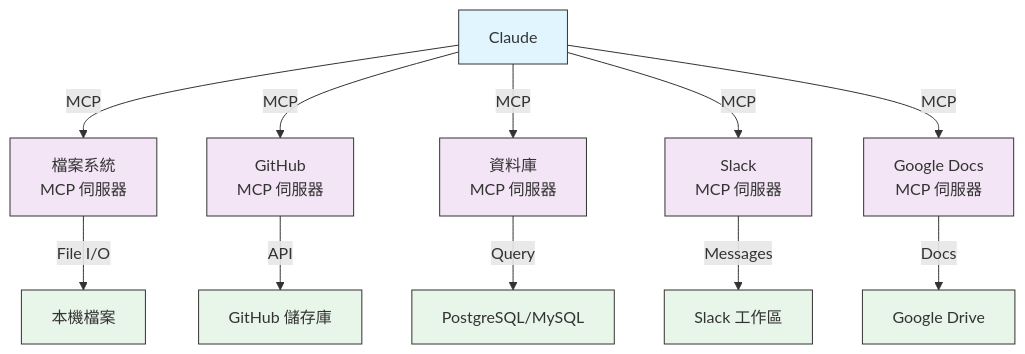
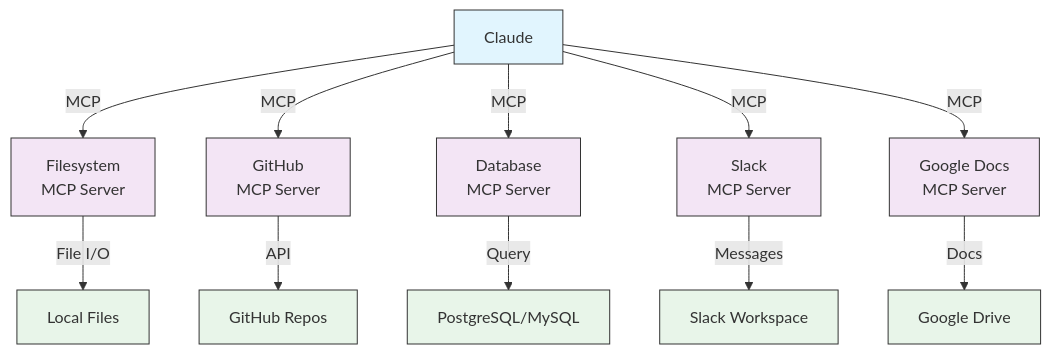
Before and after one commit to huckly/claude-howto-zh-tw: the second of 7 diagrams in 05-mcp/README.md, drawn with Mermaid. The commit also changed other lines of this file, not shown here.

Commit message:
🔌 05-mcp：MCP Protocol — 同步 v2.1.110

````diff
--- a/05-mcp/README.md
+++ b/05-mcp/README.md
@@ -46,26 +46,26 @@
 ```mermaid
 graph TB
-    A["Claude"] -->|MCP| B["檔案系統<br/>MCP 伺服器"]
-    A -->|MCP| C["GitHub<br/>MCP 伺服器"]
-    A -->|MCP| D["資料庫<br/>MCP 伺服器"]
-    A -->|MCP| E["Slack<br/>MCP 伺服器"]
-    A -->|MCP| F["Google Docs<br/>MCP 伺服器"]
+    A["Claude"] -->|MCP| B["Filesystem<br/>MCP Server"]
+    A -->|MCP| C["GitHub<br/>MCP Server"]
+    A -->|MCP| D["Database<br/>MCP Server"]
+    A -->|MCP| E["Slack<br/>MCP Server"]
+    A -->|MCP| F["Google Docs<br/>MCP Server"]
 
-    B -->|File I/O| G["本機檔案"]
-    C -->|API| H["GitHub 儲存庫"]
+    B -->|File I/O| G["Local Files"]
+    C -->|API| H["GitHub Repos"]
     D -->|Query| I["PostgreSQL/MySQL"]
-    E -->|Messages| J["Slack 工作區"]
+    E -->|Messages| J["Slack Workspace"]
     F -->|Docs| K["Google Drive"]
 
     style A fill:#e1f5fe,stroke:#333,color:#333
     style B fill:#f3e5f5,stroke:#333,color:#333
     style C fill:#f3e5f5,stroke:#333,color:#333
     style D fill:#f3e5f5,stroke:#333,color:#333
     style E fill:#f3e5f5,stroke:#333,color:#333
     style F fill:#f3e5f5,stroke:#333,color:#333
     style G fill:#e8f5e9,stroke:#333,color:#333
     style H fill:#e8f5e9,stroke:#333,color:#333
     style I fill:#e8f5e9,stroke:#333,color:#333
     style J fill:#e8f5e9,stroke:#333,color:#333
     style K fill:#e8f5e9,stroke:#333,color:#333
 ```
````
